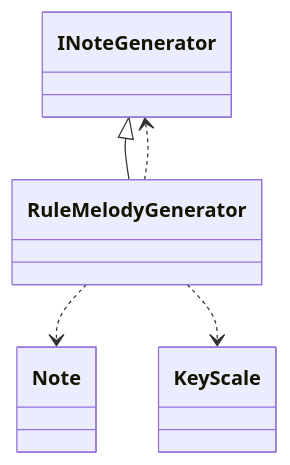
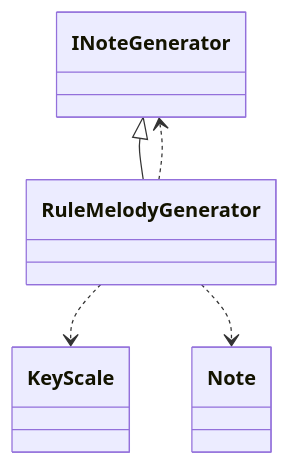
Before and after one commit to schnock-art/project_inspector: diagram 29 of 31 in test/test.md, drawn with Mermaid. The commit also changed other lines of this file and 2 other files, not shown here.

Commit message:
Fixed empyt mermaid diagrams

````diff
--- a/test/test.md
+++ b/test/test.md
@@ -674,7 +666,7 @@
 ```mermaid
 classDiagram
 INoteGenerator <|-- RuleMelodyGenerator
+RuleMelodyGenerator ..> KeyScale
+RuleMelodyGenerator ..> Note
 RuleMelodyGenerator ..> INoteGenerator
-RuleMelodyGenerator ..> Note
-RuleMelodyGenerator ..> KeyScale
 ```
````
